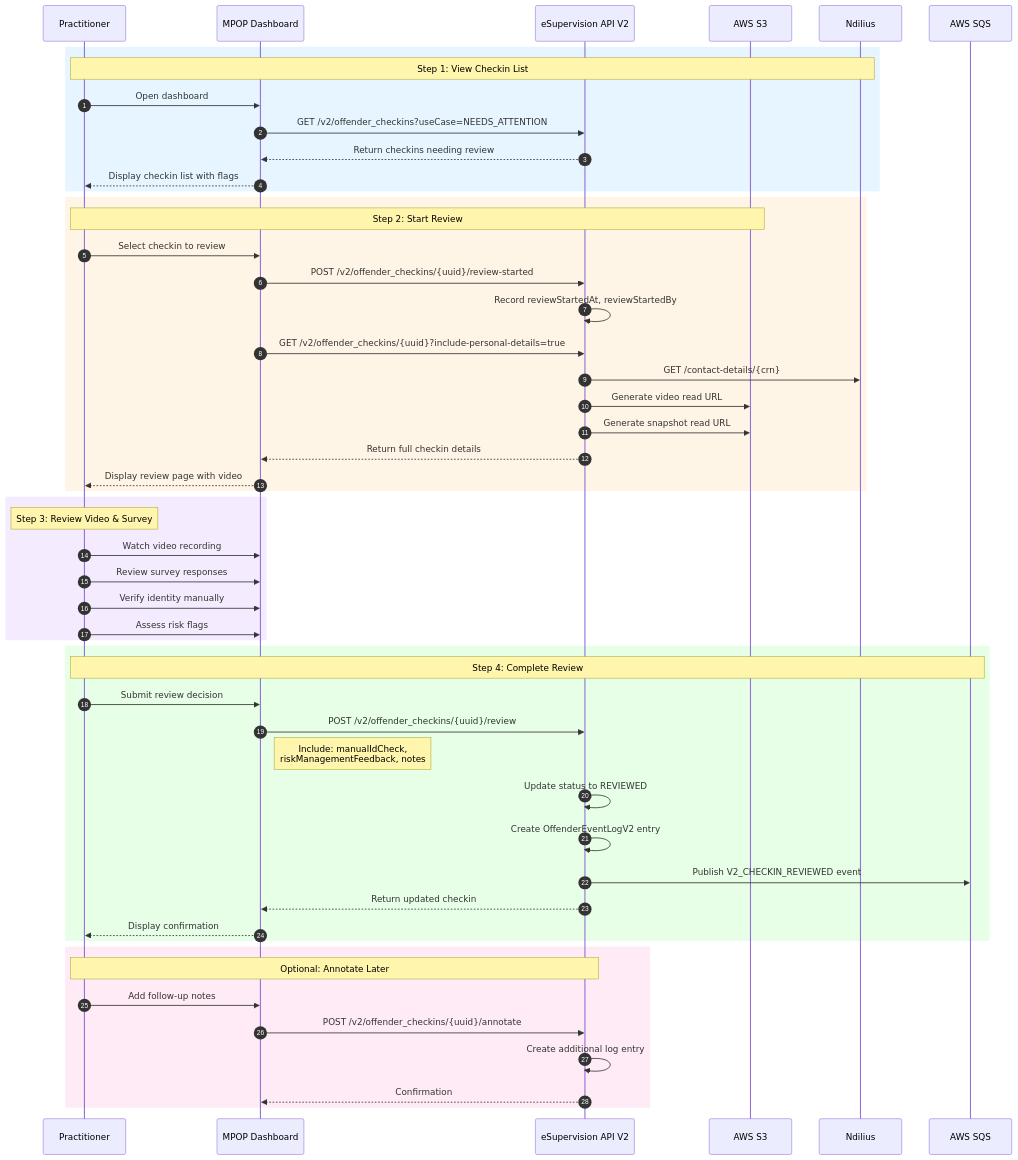
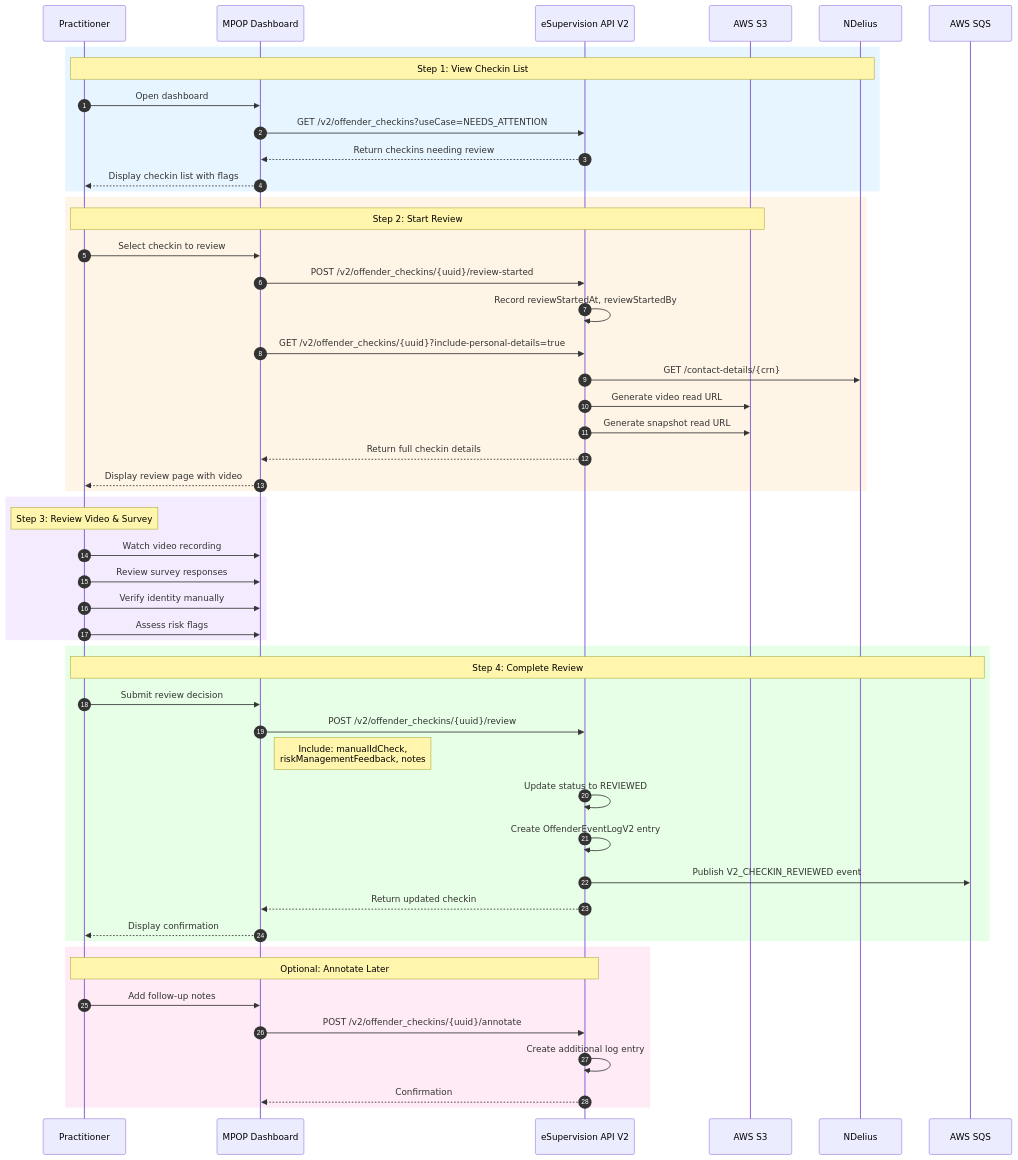
Before and after one commit to ministryofjustice/hmpps-esupervision-api: the fourth of 4 diagrams in docs/v2/USER_JOURNEYS.md, drawn with Mermaid. The commit also changed other lines of this file and 8 other files, not shown here.

Commit message:
Update ndilius to NDelius in docs

````diff
--- a/docs/v2/USER_JOURNEYS.md
+++ b/docs/v2/USER_JOURNEYS.md
@@ -175,59 +175,59 @@
 ```mermaid
 sequenceDiagram
     autonumber
     participant P as Practitioner
     participant MPOP as MPOP Dashboard
     participant API as eSupervision API V2
     participant S3 as AWS S3
-    participant Ndilius as Ndilius
+    participant NDelius as NDelius
     participant SQS as AWS SQS
 
     rect rgb(230, 245, 255)
-        note over P,Ndilius: Step 1: View Checkin List
+        note over P,NDelius: Step 1: View Checkin List
         P->>MPOP: Open dashboard
         MPOP->>API: GET /v2/offender_checkins?useCase=NEEDS_ATTENTION
         API-->>MPOP: Return checkins needing review
         MPOP-->>P: Display checkin list with flags
     end
 
     rect rgb(255, 245, 230)
         note over P,S3: Step 2: Start Review
         P->>MPOP: Select checkin to review
         MPOP->>API: POST /v2/offender_checkins/{uuid}/review-started
         API->>API: Record reviewStartedAt, reviewStartedBy
         MPOP->>API: GET /v2/offender_checkins/{uuid}?include-personal-details=true
-        API->>Ndilius: GET /contact-details/{crn}
+        API->>NDelius: GET /contact-details/{crn}
         API->>S3: Generate video read URL
         API->>S3: Generate snapshot read URL
         API-->>MPOP: Return full checkin details
         MPOP-->>P: Display review page with video
     end
 
     rect rgb(245, 235, 255)
         note over P,P: Step 3: Review Video & Survey
         P->>MPOP: Watch video recording
         P->>MPOP: Review survey responses
         P->>MPOP: Verify identity manually
         P->>MPOP: Assess risk flags
     end
 
     rect rgb(230, 255, 230)
         note over P,SQS: Step 4: Complete Review
         P->>MPOP: Submit review decision
         MPOP->>API: POST /v2/offender_checkins/{uuid}/review
         Note right of MPOP: Include: manualIdCheck,<br/>riskManagementFeedback, notes
         API->>API: Update status to REVIEWED
         API->>API: Create OffenderEventLogV2 entry
         API->>SQS: Publish V2_CHECKIN_REVIEWED event
         API-->>MPOP: Return updated checkin
         MPOP-->>P: Display confirmation
     end
 
     rect rgb(255, 235, 245)
         note over P,API: Optional: Annotate Later
         P->>MPOP: Add follow-up notes
         MPOP->>API: POST /v2/offender_checkins/{uuid}/annotate
         API->>API: Create additional log entry
         API-->>MPOP: Confirmation
     end
 ```
````
